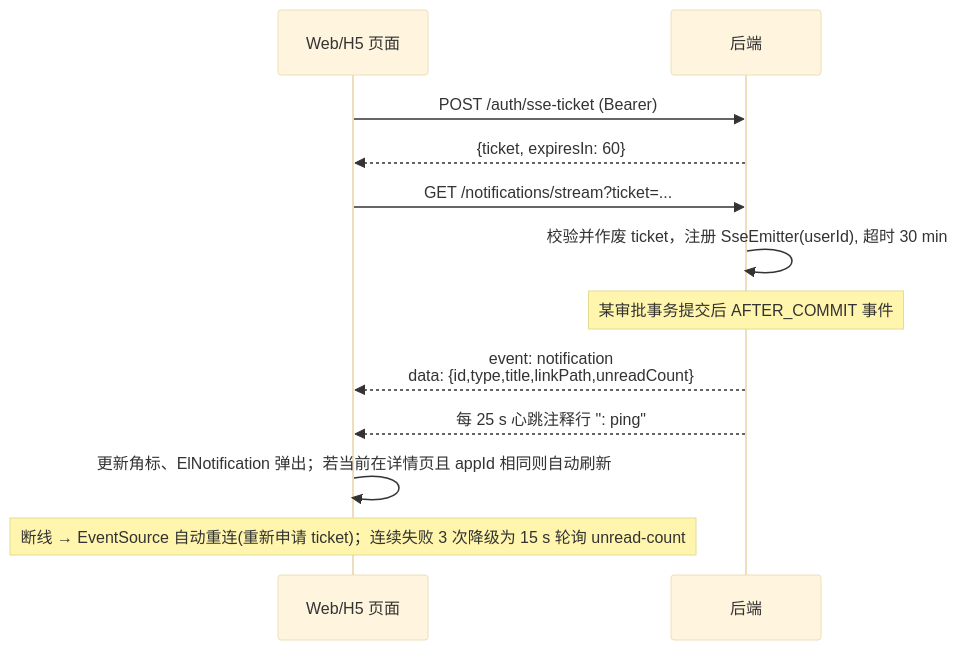
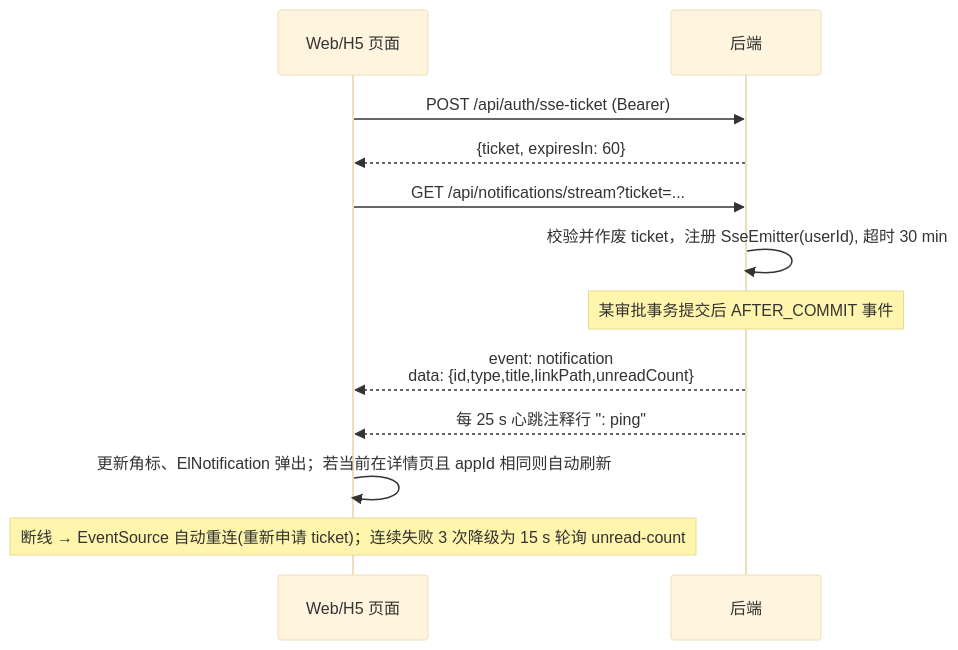
One commit to spnotold/enterprise-approval-system changed the ninth of 9 diagrams in docs/design_document.md. Above: the diagram before and after it, drawn with Mermaid (base theme). The commit also changed other lines of this file and 8 other files, not shown here.

````diff
--- a/docs/design_document.md
+++ b/docs/design_document.md
@@ -1830,14 +1886,14 @@
 ```mermaid
 sequenceDiagram
   participant C as Web/H5 页面
   participant S as 后端
-  C->>S: POST /auth/sse-ticket (Bearer)
+  C->>S: POST /api/auth/sse-ticket (Bearer)
   S-->>C: {ticket, expiresIn: 60}
-  C->>S: GET /notifications/stream?ticket=...
+  C->>S: GET /api/notifications/stream?ticket=...
   S->>S: 校验并作废 ticket，注册 SseEmitter(userId), 超时 30 min
   Note over S: 某审批事务提交后 AFTER_COMMIT 事件
   S-->>C: event: notification<br/>data: {id,type,title,linkPath,unreadCount}
   S-->>C: 每 25 s 心跳注释行 ": ping"
   C->>C: 更新角标、ElNotification 弹出；若当前在详情页且 appId 相同则自动刷新
   Note over C: 断线 → EventSource 自动重连(重新申请 ticket)；连续失败 3 次降级为 15 s 轮询 unread-count
 ```
````
